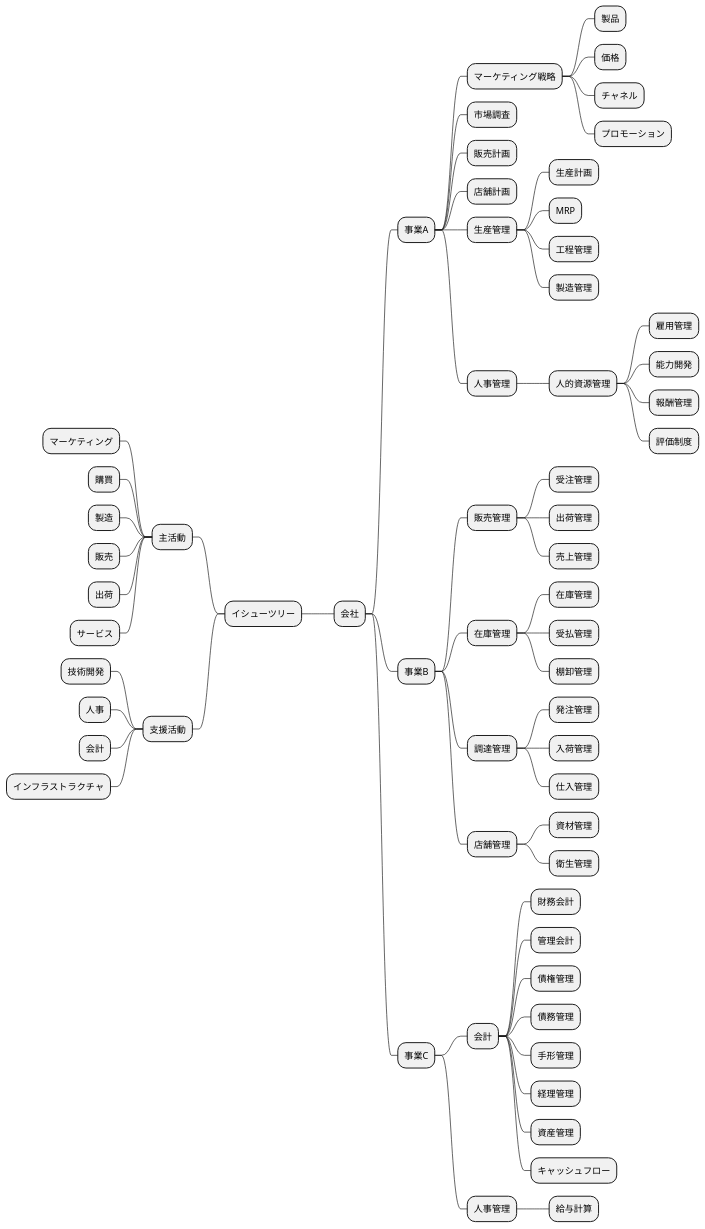
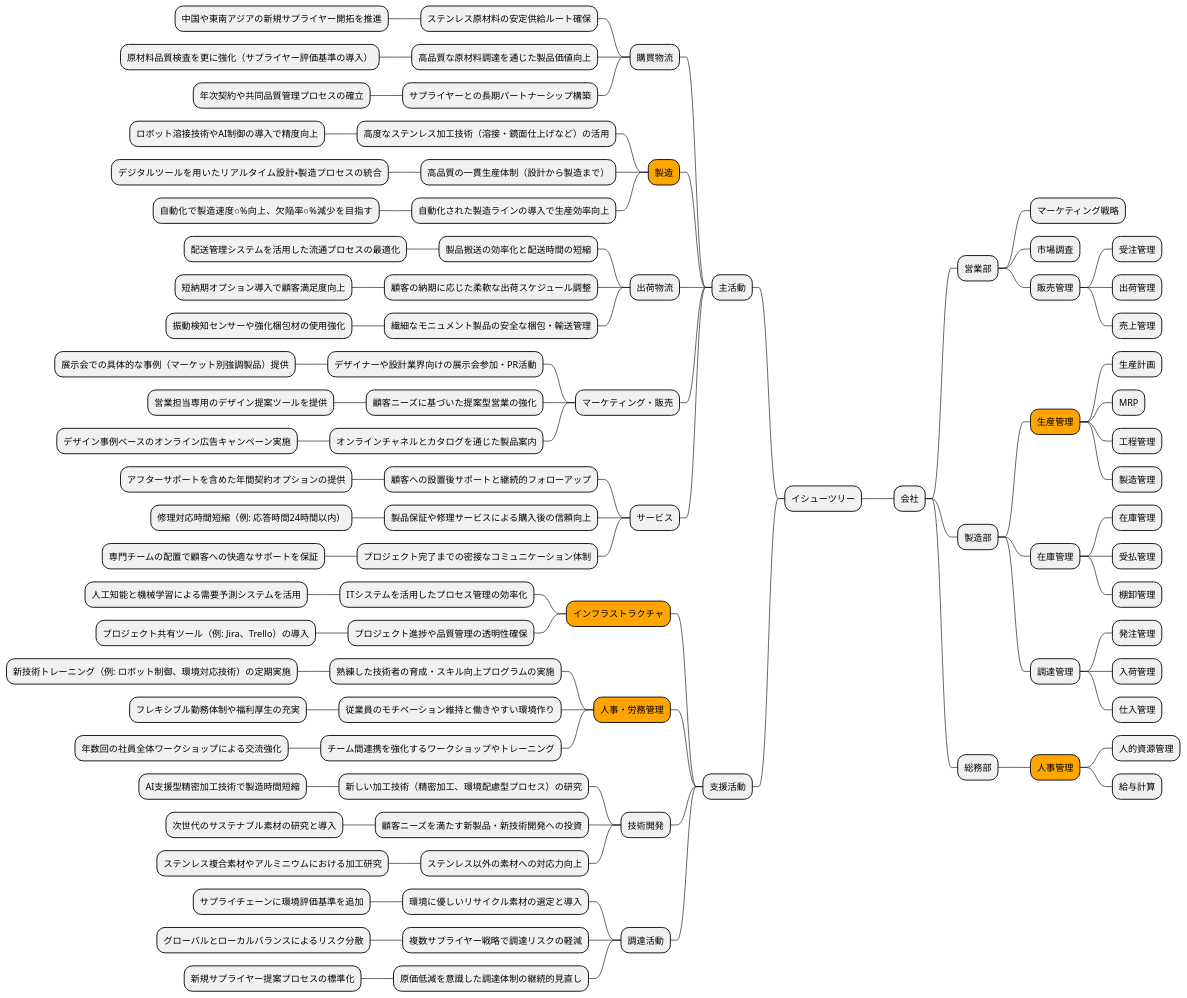
One commit to k2works/case-study-business-analysis changed diagram 15 of 19 in docs/case/r02_case_3.adoc. Above: the diagram before and after it, drawn with PlantUML. The commit also changed other lines of this file, not shown here.

Commit message:
docs:R02 事例3

```diff
--- a/docs/case/r02_case_3.adoc
+++ b/docs/case/r02_case_3.adoc
@@ -1038,31 +971,19 @@
 
 * イシューツリー
 ** 会社
-*** 事業A
+*** 営業部
 **** マーケティング戦略
-***** 製品
-***** 価格
-***** チャネル
-***** プロモーション
 **** 市場調査
-**** 販売計画
-**** 店舗計画
-**** 生産管理
+**** 販売管理
+***** 受注管理
+***** 出荷管理
+***** 売上管理
+*** 製造部
+****[#orange] 生産管理
 ***** 生産計画
 ***** MRP
 ***** 工程管理
 ***** 製造管理
-**** 人事管理
-***** 人的資源管理
-****** 雇用管理
-****** 能力開発
-****** 報酬管理
-****** 評価制度
-*** 事業B
-**** 販売管理
-***** 受注管理
-***** 出荷管理
-***** 売上管理
 **** 在庫管理
 ***** 在庫管理
 ***** 受払管理
@@ -1071,34 +992,74 @@
 ***** 発注管理
 ***** 入荷管理
 ***** 仕入管理
-**** 店舗管理
-***** 資材管理
-***** 衛生管理
-*** 事業C
-**** 会計
-***** 財務会計
-***** 管理会計
-***** 債権管理
-***** 債務管理
-***** 手形管理
-***** 経理管理
-***** 資産管理
-***** キャッシュフロー
-**** 人事管理
+*** 総務部
+****[#orange] 人事管理
+***** 人的資源管理
 ***** 給与計算
 left side
 ** 主活動
-*** マーケティング
-*** 購買
-*** 製造
-*** 販売
-*** 出荷
+*** 購買物流
+**** ステンレス原材料の安定供給ルート確保
+***** 中国や東南アジアの新規サプライヤー開拓を推進
+**** 高品質な原材料調達を通じた製品価値向上
+***** 原材料品質検査を更に強化（サプライヤー評価基準の導入）
+**** サプライヤーとの長期パートナーシップ構築
+***** 年次契約や共同品質管理プロセスの確立
+***[#orange] 製造
+**** 高度なステンレス加工技術（溶接・鏡面仕上げなど）の活用
+***** ロボット溶接技術やAI制御の導入で精度向上
+**** 高品質の一貫生産体制（設計から製造まで）
+***** デジタルツールを用いたリアルタイム設計・製造プロセスの統合
+**** 自動化された製造ラインの導入で生産効率向上
+***** 自動化で製造速度○%向上、欠陥率○%減少を目指す
+*** 出荷物流
+**** 製品搬送の効率化と配送時間の短縮
+***** 配送管理システムを活用した流通プロセスの最適化
+**** 顧客の納期に応じた柔軟な出荷スケジュール調整
+***** 短納期オプション導入で顧客満足度向上
+**** 繊細なモニュメント製品の安全な梱包・輸送管理
+***** 振動検知センサーや強化梱包材の使用強化
+*** マーケティング・販売
+**** デザイナーや設計業界向けの展示会参加・PR活動
+***** 展示会での具体的な事例（マーケット別強調製品）提供
+**** 顧客ニーズに基づいた提案型営業の強化
+***** 営業担当専用のデザイン提案ツールを提供
+**** オンラインチャネルとカタログを通じた製品案内
+***** デザイン事例ベースのオンライン広告キャンペーン実施
 *** サービス
+**** 顧客への設置後サポートと継続的フォローアップ
+***** アフターサポートを含めた年間契約オプションの提供
+**** 製品保証や修理サービスによる購入後の信頼向上
+***** 修理対応時間短縮（例: 応答時間24時間以内）
+**** プロジェクト完了までの密接なコミュニケーション体制
+***** 専門チームの配置で顧客への快適なサポートを保証
 ** 支援活動
+***[#orange] インフラストラクチャ
+**** ITシステムを活用したプロセス管理の効率化
+***** 人工知能と機械学習による需要予測システムを活用
+**** プロジェクト進捗や品質管理の透明性確保
+***** プロジェクト共有ツール（例: Jira、Trello）の導入
+***[#orange] 人事・労務管理
+**** 熟練した技術者の育成・スキル向上プログラムの実施
+***** 新技術トレーニング（例: ロボット制御、環境対応技術）の定期実施
+**** 従業員のモチベーション維持と働きやすい環境作り
+***** フレキシブル勤務体制や福利厚生の充実
+**** チーム間連携を強化するワークショップやトレーニング
+***** 年数回の社員全体ワークショップによる交流強化
 *** 技術開発
-*** 人事
-*** 会計
-*** インフラストラクチャ
+**** 新しい加工技術（精密加工、環境配慮型プロセス）の研究
+***** AI支援型精密加工技術で製造時間短縮
+**** 顧客ニーズを満たす新製品・新技術開発への投資
+***** 次世代のサステナブル素材の研究と導入
+**** ステンレス以外の素材への対応力向上
+***** ステンレス複合素材やアルミニウムにおける加工研究
+*** 調達活動
+**** 環境に優しいリサイクル素材の選定と導入
+***** サプライチェーンに環境評価基準を追加
+**** 複数サプライヤー戦略で調達リスクの軽減
+***** グローバルとローカルバランスによるリスク分散
+**** 原価低減を意識した調達体制の継続的見直し
+***** 新規サプライヤー提案プロセスの標準化
 
 @endmindmap
 ----
```
